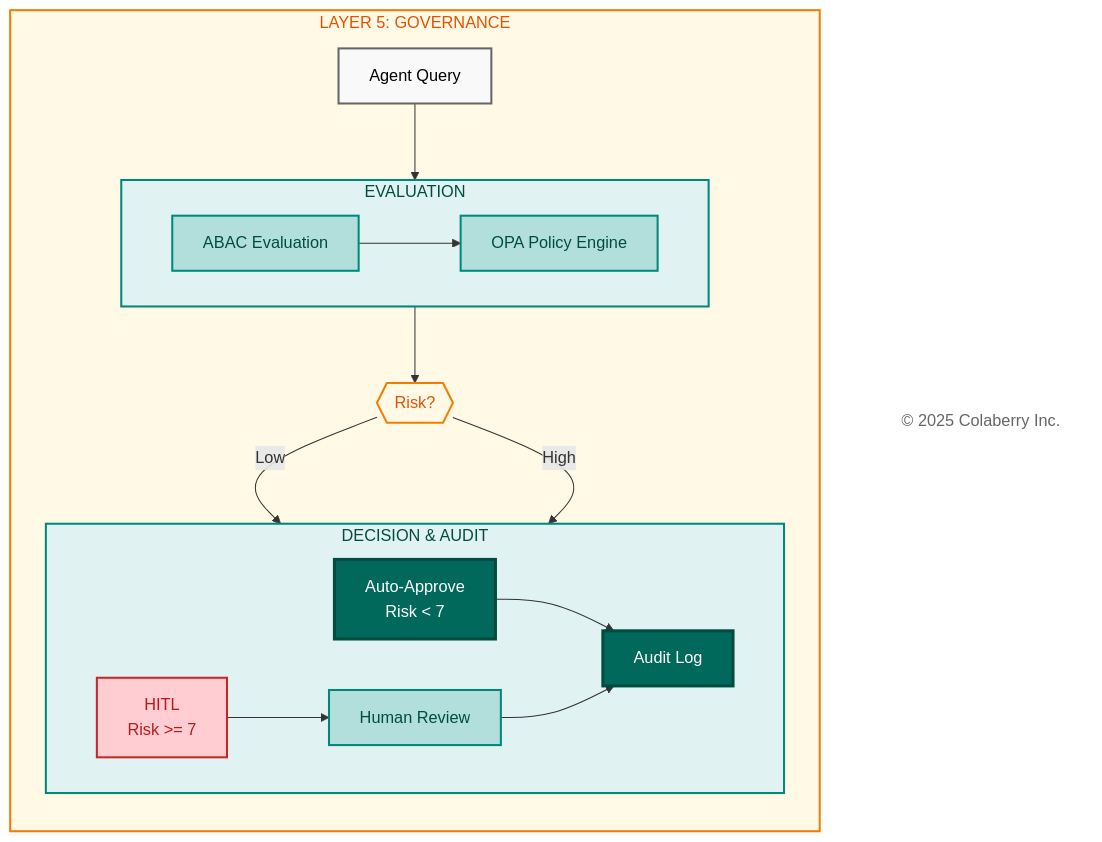
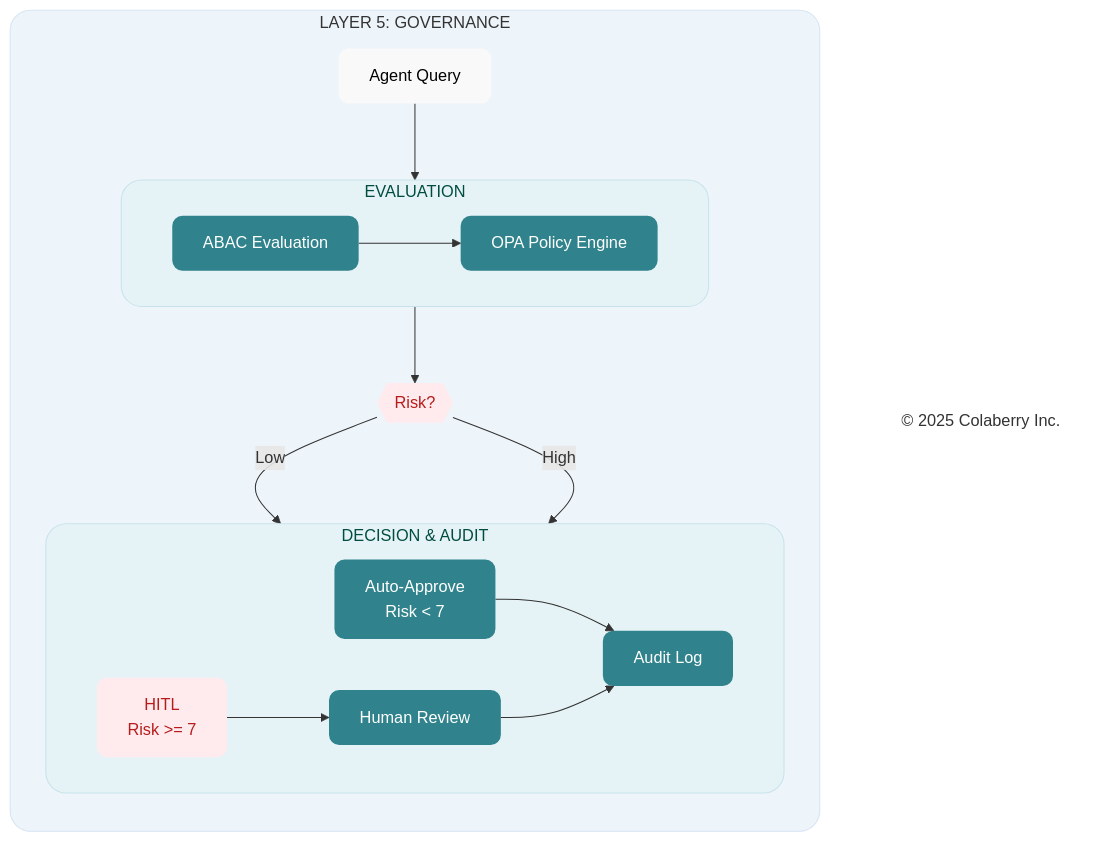
Before and after one commit to saitejesh-cyber/trust-before-intelligence-book: the fourth of 14 diagrams in manuscript/07_chapter_6_transparency_orchestration_layers.md, drawn with Mermaid. The commit also changed other lines of this file and 7 other files, not shown here.

Commit message:
Chapter 6to13: Updated mermaid diagrams based on new colaberry color code

````diff
--- a/manuscript/07_chapter_6_transparency_orchestration_layers.md
+++ b/manuscript/07_chapter_6_transparency_orchestration_layers.md
@@ -298,45 +298,45 @@
 ```mermaid
 
 graph TB
     subgraph LAYER5["LAYER 5: GOVERNANCE"]
         direction TB
         Query["Agent Query"]
         
         subgraph EVAL["EVALUATION"]
             direction LR
             ABAC["ABAC Evaluation"]
             OPA["OPA Policy Engine"]
             ABAC --> OPA
         end
         
         Risk{{"Risk?"}}
         
         subgraph DECISION["DECISION & AUDIT"]
             direction LR
             Auto["Auto-Approve<br/>Risk < 7"]
             HITL["HITL<br/>Risk >= 7"]
             Human["Human Review"]
             Audit["Audit Log"]
         end
     end
     
     Copyright["© 2025 Colaberry Inc."]
     
     Query --> EVAL --> Risk
     Risk -->|"Low"| Auto --> Audit
     Risk -->|"High"| HITL --> Human --> Audit
     
-    style LAYER5 fill:#fff9e6,stroke:#f57c00,stroke-width:2px,color:#e65100
-    style Query fill:#f9f9f9,stroke:#666666,stroke-width:2px,color:#000000
-    style EVAL fill:#e0f2f1,stroke:#00897b,stroke-width:2px,color:#004d40
-    style ABAC fill:#b2dfdb,stroke:#00897b,stroke-width:2px,color:#004d40
-    style OPA fill:#b2dfdb,stroke:#00897b,stroke-width:2px,color:#004d40
-    style Risk fill:#fff9e6,stroke:#f57c00,stroke-width:2px,color:#e65100
-    style DECISION fill:#e0f2f1,stroke:#00897b,stroke-width:2px,color:#004d40
-    style Auto fill:#00695c,color:#ffffff,stroke:#004d40,stroke-width:3px
-    style HITL fill:#ffcdd2,stroke:#c62828,stroke-width:2px,color:#b71c1c
-    style Human fill:#b2dfdb,stroke:#00897b,stroke-width:2px,color:#004d40
-    style Audit fill:#00695c,color:#ffffff,stroke:#004d40,stroke-width:3px
-    style Copyright fill:#ffffff,stroke:none,color:#666666
+    style LAYER5 fill:#edf4fa,stroke:#d6e4f2,stroke-width:1px,color:#333333,rx:20,ry:20
+    style Query fill:#f9f9f9,stroke:none,color:#000000,rx:10,ry:10
+    style EVAL fill:#e6f3f6,stroke:#c7e3ea,stroke-width:1px,color:#004d40,rx:20,ry:20
+    style ABAC fill:#30838C,stroke:none,color:#ffffff,rx:10,ry:10
+    style OPA fill:#30838C,stroke:none,color:#ffffff,rx:10,ry:10
+    style Risk fill:#ffebee,stroke:none,color:#b71c1c,rx:10,ry:10
+    style DECISION fill:#e6f3f6,stroke:#c7e3ea,stroke-width:1px,color:#004d40,rx:20,ry:20
+    style Auto fill:#30838C,stroke:none,color:#ffffff,rx:10,ry:10
+    style HITL fill:#ffebee,stroke:none,color:#b71c1c,rx:10,ry:10
+    style Human fill:#30838C,stroke:none,color:#ffffff,rx:10,ry:10
+    style Audit fill:#30838C,stroke:none,color:#ffffff,rx:10,ry:10
+    style Copyright fill:none,stroke:none,color:#333333
 
 ```
````
